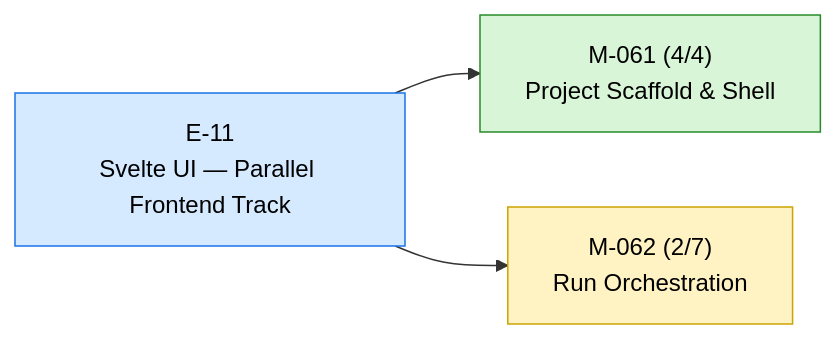
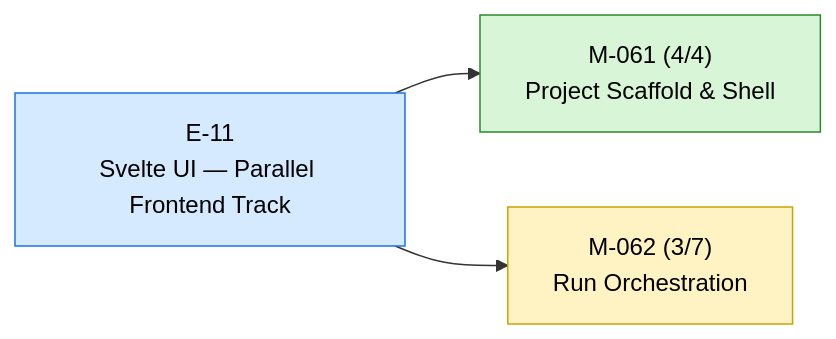
The diagram in STATUS.md (23min/FlowTime), drawn with Mermaid before and after one commit. The commit also changed other lines of this file and 1 other file, not shown here.

````diff
--- a/STATUS.md
+++ b/STATUS.md
@@ -12,14 +12,14 @@
 ```mermaid
 flowchart LR
   E_11["E-11<br/>Svelte UI — Parallel Frontend Track"]:::epic_active
   M_061["M-061 (4/4)<br/>Project Scaffold & Shell"]:::ms_done
   E_11 --> M_061
-  M_062["M-062 (2/7)<br/>Run Orchestration"]:::ms_in_progress
+  M_062["M-062 (3/7)<br/>Run Orchestration"]:::ms_in_progress
   E_11 --> M_062
   classDef epic_active fill:#d6eaff,stroke:#1a73e8,color:#000
   classDef epic_proposed fill:#f4f4f4,stroke:#888,color:#000
   classDef ms_done fill:#d8f5d8,stroke:#2a8a2a,color:#000
   classDef ms_in_progress fill:#fff3c4,stroke:#caa400,color:#000
   classDef ms_draft fill:#f4f4f4,stroke:#888,color:#000
   classDef ms_cancelled fill:#fbeaea,stroke:#c33,color:#000
 ```
````
